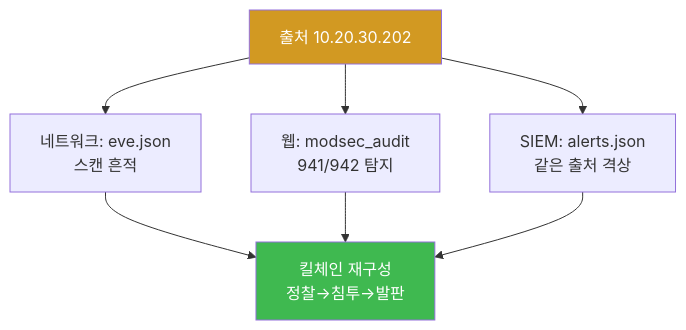
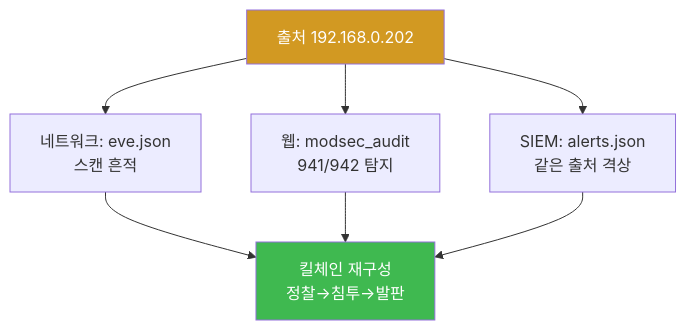
One commit to mrgrit/tw2 changed the fourth of 4 diagrams in contents/training/soc-adv/lecture_week02.md. Above: the diagram before and after it, drawn with Mermaid. The commit also changed other lines of this file and 28 other files, not shown here.

````diff
--- a/contents/training/soc-adv/lecture_week02.md
+++ b/contents/training/soc-adv/lecture_week02.md
@@ -233,13 +233,13 @@
 ```mermaid
 graph TD
-    SRC["출처 10.20.30.202"]
+    SRC["출처 192.168.0.202"]
     NET["네트워크: eve.json<br/>스캔 흔적"]
     WEB2["웹: modsec_audit<br/>941/942 탐지"]
     SIEM2["SIEM: alerts.json<br/>같은 출처 격상"]
     KC["킬체인 재구성<br/>정찰→침투→발판"]
     SRC --> NET --> KC
     SRC --> WEB2 --> KC
     SRC --> SIEM2 --> KC
     style SRC fill:#d29922,color:#fff
     style KC fill:#3fb950,color:#fff
 ```
````
